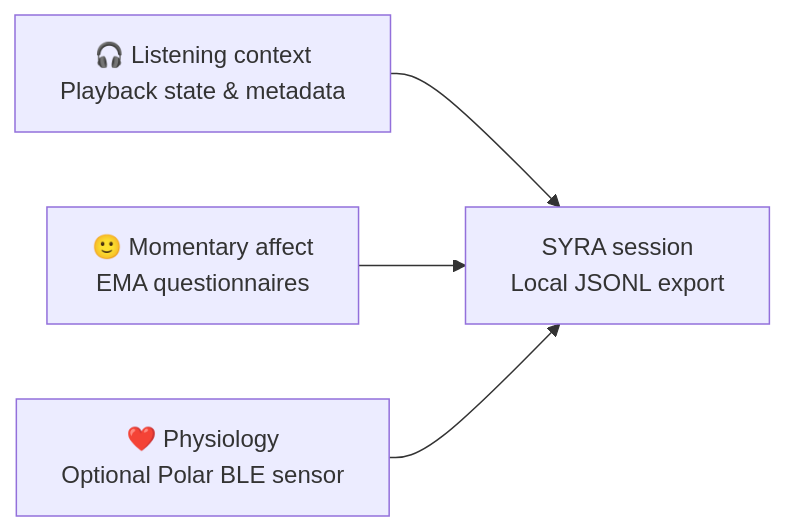
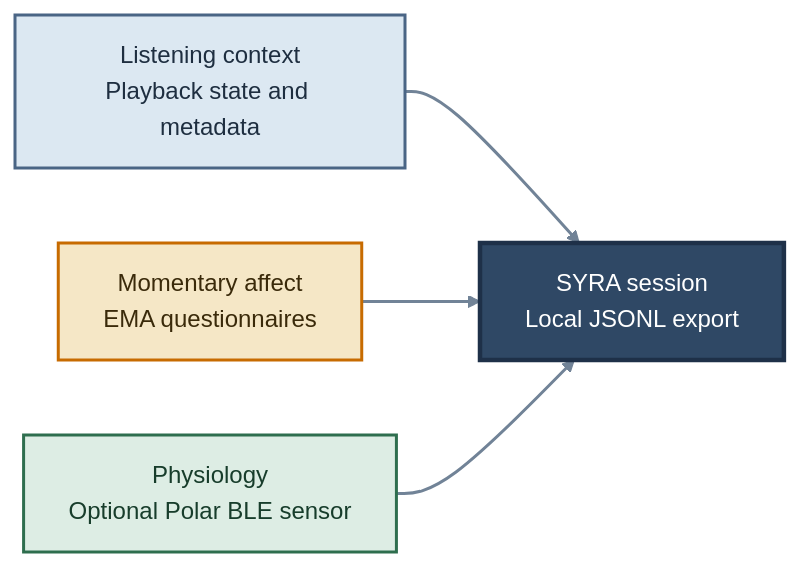
One commit to Harizz076/SYRA changed the diagram in README.md. Above: the diagram before and after it, drawn with Mermaid. The commit also changed other lines of this file and 6 other files, not shown here.

````diff
--- a/README.md
+++ b/README.md
@@ -34,6 +65,17 @@
 ```mermaid
 flowchart LR
-    A["🎧 Listening context\nPlayback state & metadata"] --> D["SYRA session\nLocal JSONL export"]
-    B["🙂 Momentary affect\nEMA questionnaires"] --> D
-    C["❤️ Physiology\nOptional Polar BLE sensor"] --> D
+    A["Listening context<br/>Playback state and metadata"] --> D["SYRA session<br/>Local JSONL export"]
+    B["Momentary affect<br/>EMA questionnaires"] --> D
+    C["Physiology<br/>Optional Polar BLE sensor"] --> D
+
+    classDef listening fill:#DCE8F2,stroke:#4A6585,color:#1E2E40,stroke-width:2px;
+    classDef affect fill:#F5E7C6,stroke:#C76B00,color:#3A2A0A,stroke-width:2px;
+    classDef physiology fill:#DDEDE4,stroke:#2E6E4E,color:#173D2B,stroke-width:2px;
+    classDef session fill:#2F4865,stroke:#1E3048,color:#FFFFFF,stroke-width:3px;
+
+    class A listening;
+    class B affect;
+    class C physiology;
+    class D session;
+    linkStyle default stroke:#718397,stroke-width:2px;
 ```
````
